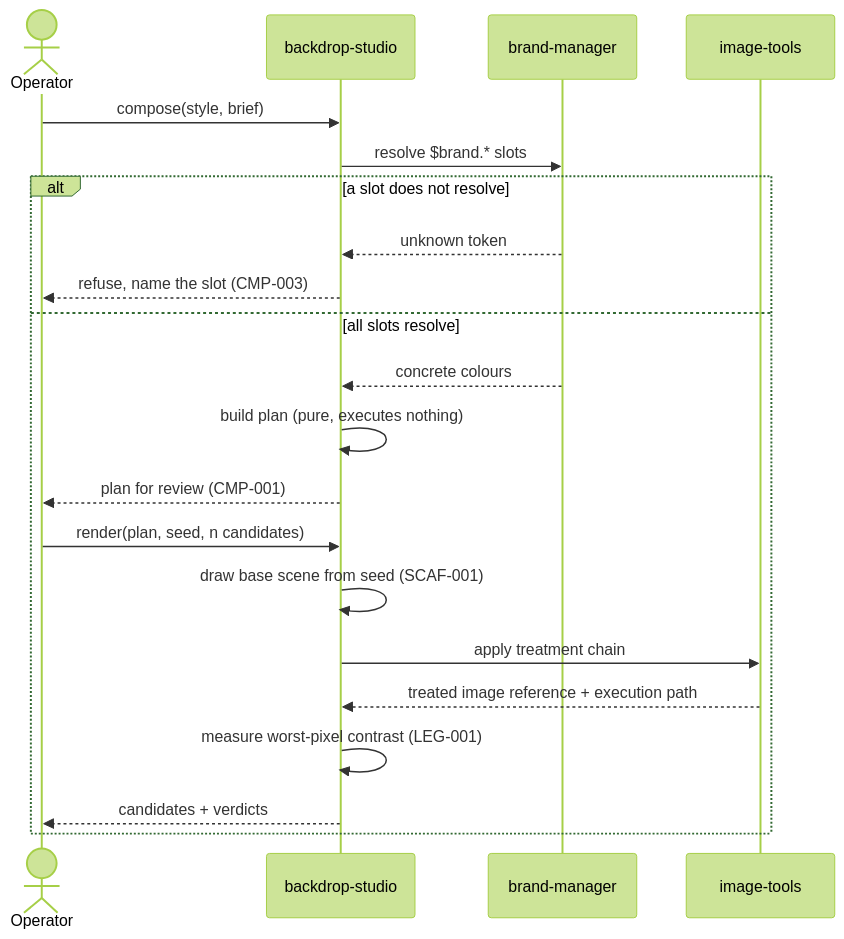
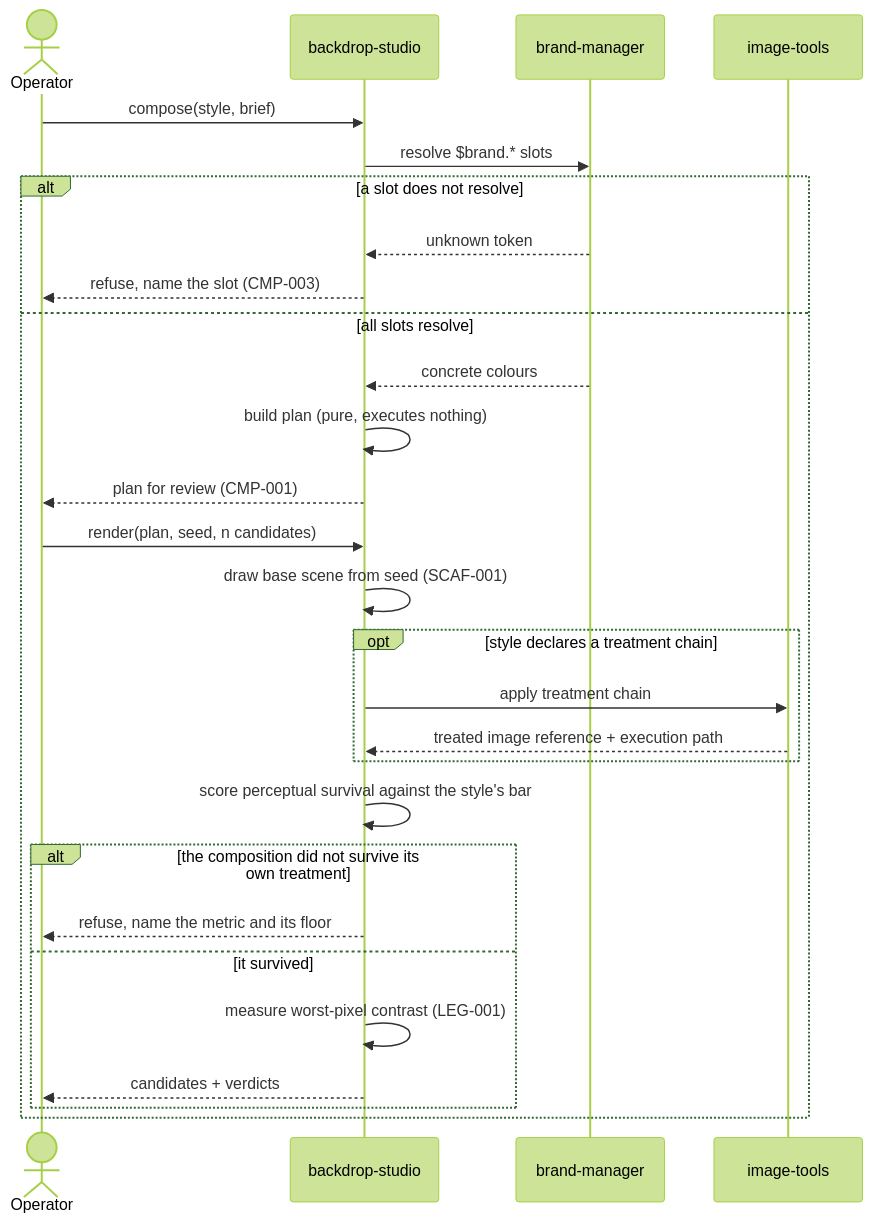
One commit to Vrooli/Vrooli changed the first of 4 diagrams in scenarios/backdrop-studio/docs/concepts/FLOWS.md. Above: the diagram before and after it, drawn with Mermaid (forest theme). The commit also changed other lines of this file and 98 other files, not shown here.

````diff
--- a/scenarios/backdrop-studio/docs/concepts/FLOWS.md
+++ b/scenarios/backdrop-studio/docs/concepts/FLOWS.md
@@ -7,24 +7,31 @@
 ```mermaid
 sequenceDiagram
     actor Op as Operator
     participant BS as backdrop-studio
     participant BM as brand-manager
     participant IT as image-tools
 
     Op->>BS: compose(style, brief)
     BS->>BM: resolve $brand.* slots
     alt a slot does not resolve
         BM-->>BS: unknown token
         BS-->>Op: refuse, name the slot (CMP-003)
     else all slots resolve
         BM-->>BS: concrete colours
         BS->>BS: build plan (pure, executes nothing)
         BS-->>Op: plan for review (CMP-001)
         Op->>BS: render(plan, seed, n candidates)
         BS->>BS: draw base scene from seed (SCAF-001)
-        BS->>IT: apply treatment chain
-        IT-->>BS: treated image reference + execution path
-        BS->>BS: measure worst-pixel contrast (LEG-001)
-        BS-->>Op: candidates + verdicts
+        opt style declares a treatment chain
+            BS->>IT: apply treatment chain
+            IT-->>BS: treated image reference + execution path
+        end
+        BS->>BS: score perceptual survival against the style's bar
+        alt the composition did not survive its own treatment
+            BS-->>Op: refuse, name the metric and its floor
+        else it survived
+            BS->>BS: measure worst-pixel contrast (LEG-001)
+            BS-->>Op: candidates + verdicts
+        end
     end
 ```
````
